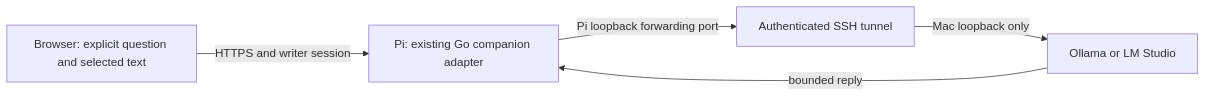
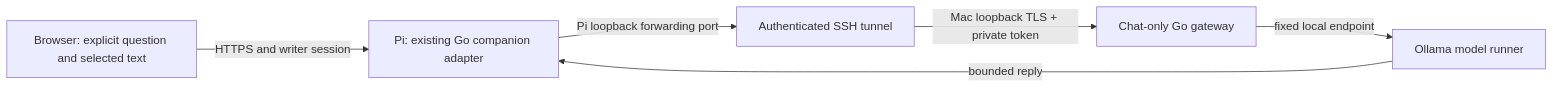
Before and after one commit to cdaters/pidp11-webdesktop: the diagram in docs/technical/hosted-local-companion.md, drawn with Mermaid. The commit also changed other lines of this file and 25 other files, not shown here.

````diff
--- a/docs/technical/hosted-local-companion.md
+++ b/docs/technical/hosted-local-companion.md
@@ -5,7 +5,8 @@
 ```mermaid
 flowchart LR
   B[Browser: explicit question and selected text] -->|HTTPS and writer session| G[Pi: existing Go companion adapter]
   G -->|Pi loopback forwarding port| T[Authenticated SSH tunnel]
-  T -->|Mac loopback only| M[Ollama or LM Studio]
+  T -->|Mac loopback TLS + private token| P[Chat-only Go gateway]
+  P -->|fixed local endpoint| M[Ollama model runner]
   M -->|bounded reply| G
 ```
````
